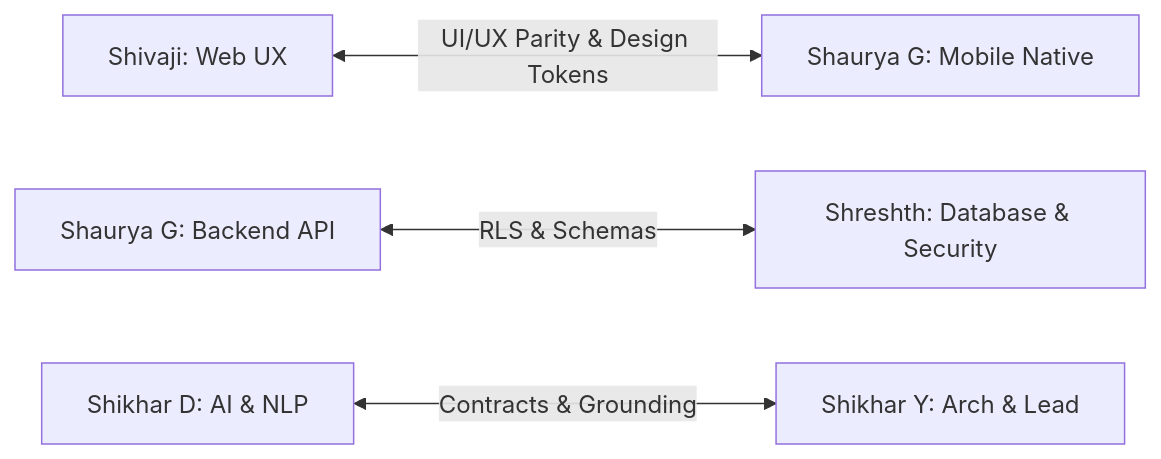
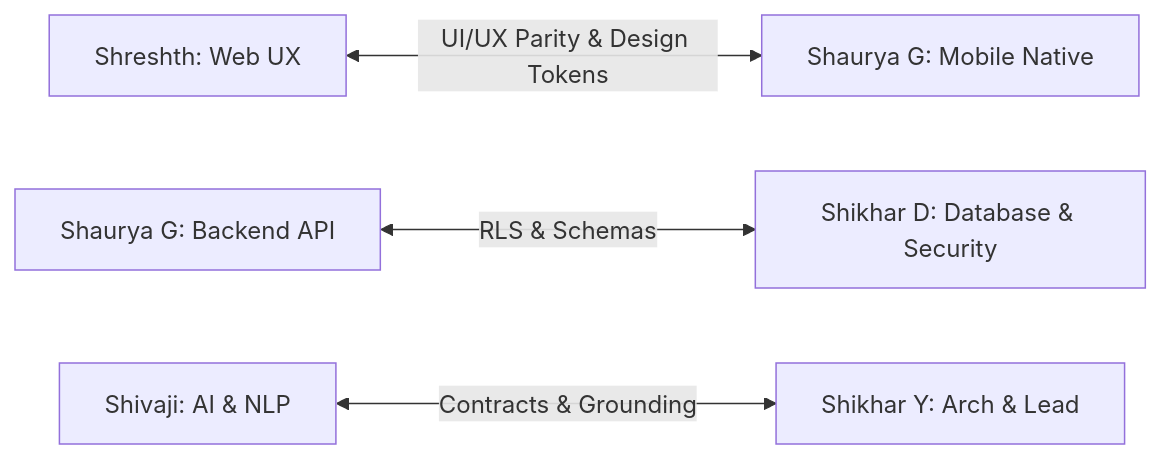
The diagram in docs/ownership.md (Shikharyadav25/medi-bud-app), drawn with Mermaid before and after one commit. The commit also changed other lines of this file and 17 other files, not shown here.

````diff
--- a/docs/ownership.md
+++ b/docs/ownership.md
@@ -26,6 +26,6 @@
 ```mermaid
 flowchart LR
-    SR[Shivaji: Web UX] <-->|UI/UX Parity & Design Tokens| SGau[Shaurya G: Mobile Native]
-    SGu[Shaurya G: Backend API] <-->|RLS & Schemas| SG[Shreshth: Database & Security]
-    SD[Shikhar D: AI & NLP] <-->|Contracts & Grounding| SY[Shikhar Y: Arch & Lead]
+    SG[Shreshth: Web UX] <-->|UI/UX Parity & Design Tokens| SGau[Shaurya G: Mobile Native]
+    SGu[Shaurya G: Backend API] <-->|RLS & Schemas| SD[Shikhar D: Database & Security]
+    SR[Shivaji: AI & NLP] <-->|Contracts & Grounding| SY[Shikhar Y: Arch & Lead]
 ```
````
